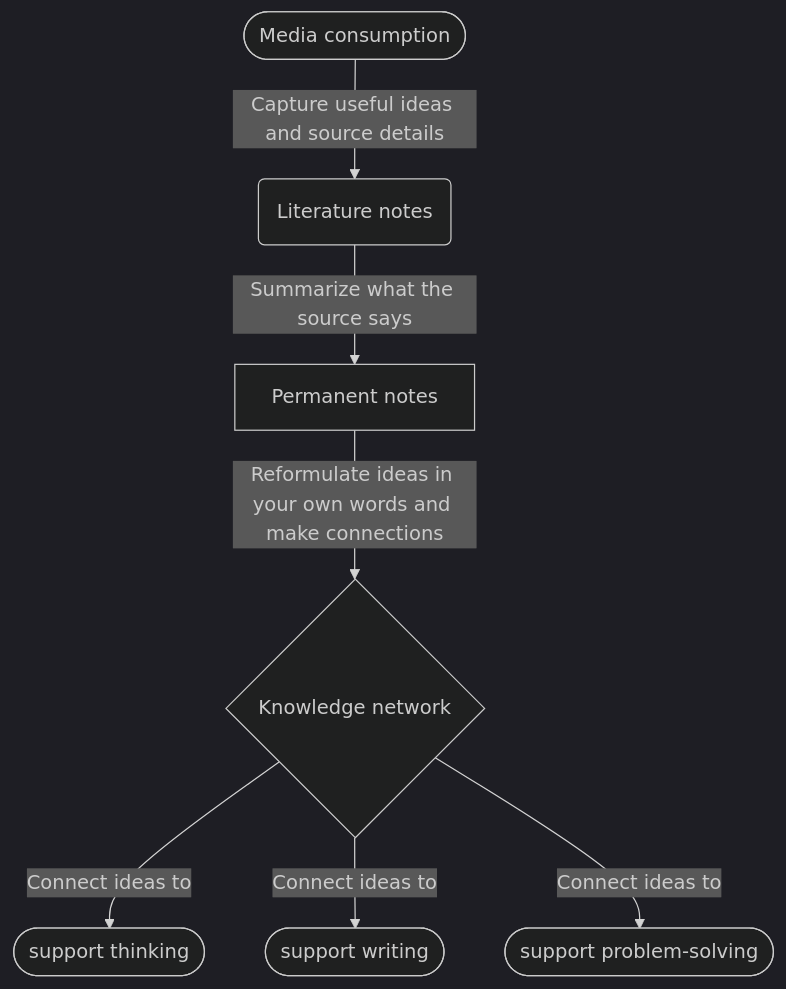
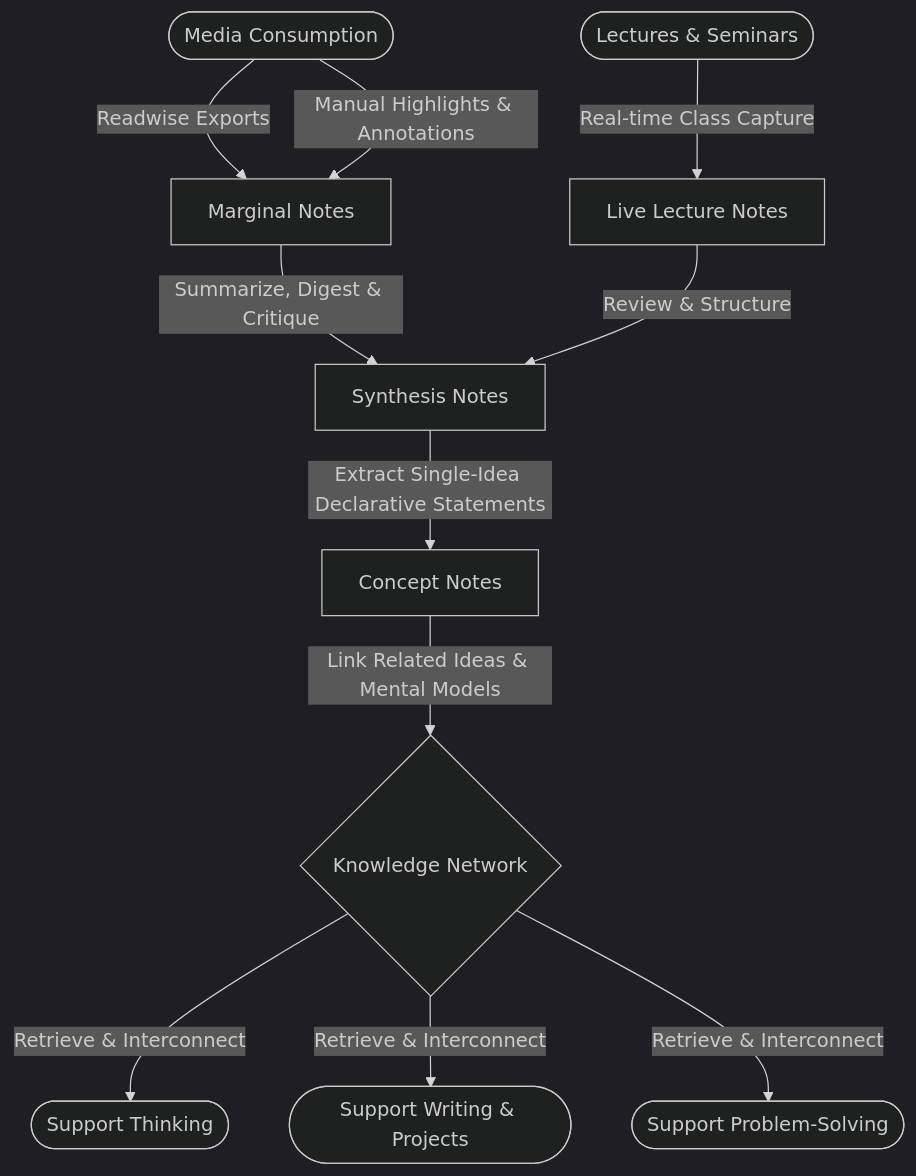
One commit to matt2ology/tech-journal-and-blog changed the diagram in README.md. Above: the diagram before and after it, drawn with Mermaid (dark theme). The commit also changed other lines of this file, not shown here.

````diff
--- a/README.md
+++ b/README.md
@@ -27,9 +13,21 @@
 ```mermaid
 flowchart TD
-    A([Media consumption]) -->|Capture useful ideas and source details| B(Literature notes)
-    B --> |Summarize what the source says| C[Permanent notes]
-    C -->|Reformulate ideas in your own words and make connections| D{Knowledge network}
-    D --> |Connect ideas to| E([support thinking])
-    D --> |Connect ideas to| F([support writing])
-    D --> |Connect ideas to| G([support problem-solving])
+    %% Intake Layer
+    A1([Media Consumption]) -->|Readwise Exports| B1[Marginal Notes]
+    A1 -->|Manual Highlights & Annotations| B1
+    A2([Lectures & Seminars]) -->|Real-time Class Capture| B2[Live Lecture Notes]
+
+    %% Synthesis Layer
+    B1 -->|Summarize, Digest & Critique| C[Synthesis Notes]
+    B2 -->|Review & Structure| C
+
+    %% Concept Layer
+    C -->|Extract Single-Idea Declarative Statements| D[Concept Notes]
+
+    %% Network & Output Layer
+    D -->|Link Related Ideas & Mental Models| E{Knowledge Network}
+
+    E -->|Retrieve & Interconnect| F([Support Thinking])
+    E -->|Retrieve & Interconnect| G([Support Writing & Projects])
+    E -->|Retrieve & Interconnect| H([Support Problem-Solving])
 ```
````
